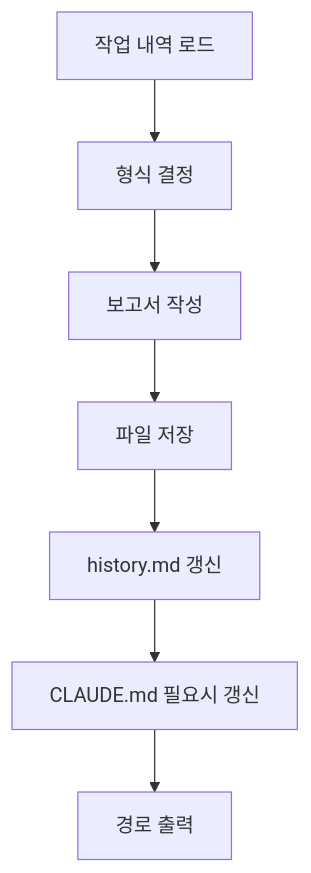
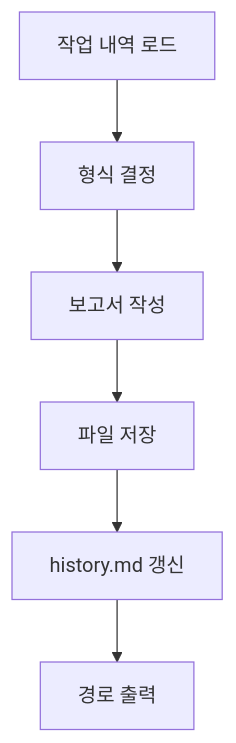
Before and after one commit to KoreanLeeChangHyun/claude-workflow: the sixth of 6 diagrams in .claude/skills/workflow-report/SKILL.md, drawn with Mermaid. The commit also changed other lines of this file and 3 other files, not shown here.

````diff
--- a/.claude/skills/workflow-report/SKILL.md
+++ b/.claude/skills/workflow-report/SKILL.md
@@ -272,9 +266,8 @@
 ```mermaid
 flowchart TD
     A[작업 내역 로드] --> B[형식 결정]
     B --> C[보고서 작성]
     C --> D[파일 저장]
     D --> E[history.md 갱신]
-    E --> F[CLAUDE.md 필요시 갱신]
-    F --> G[경로 출력]
+    E --> F[경로 출력]
 ```
````
